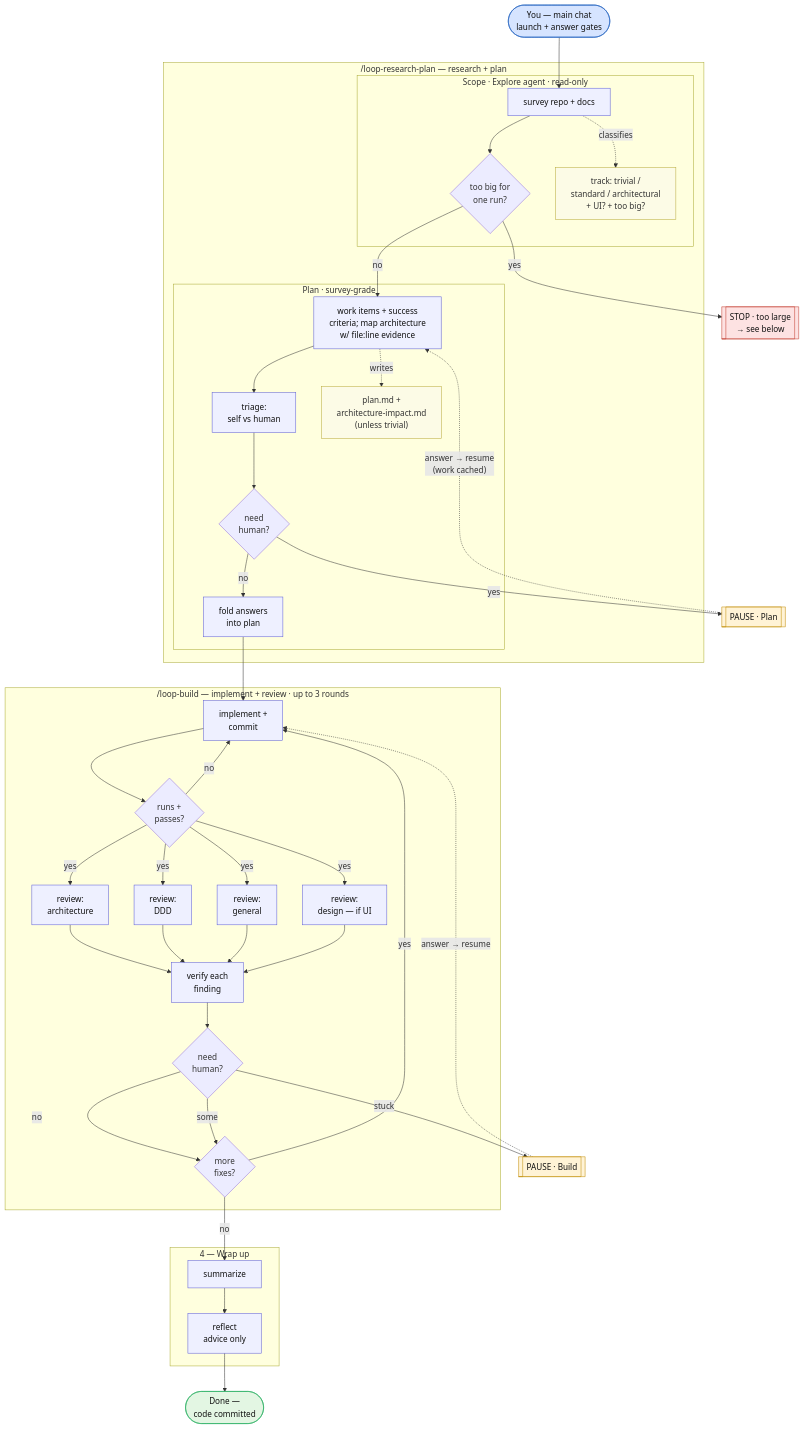
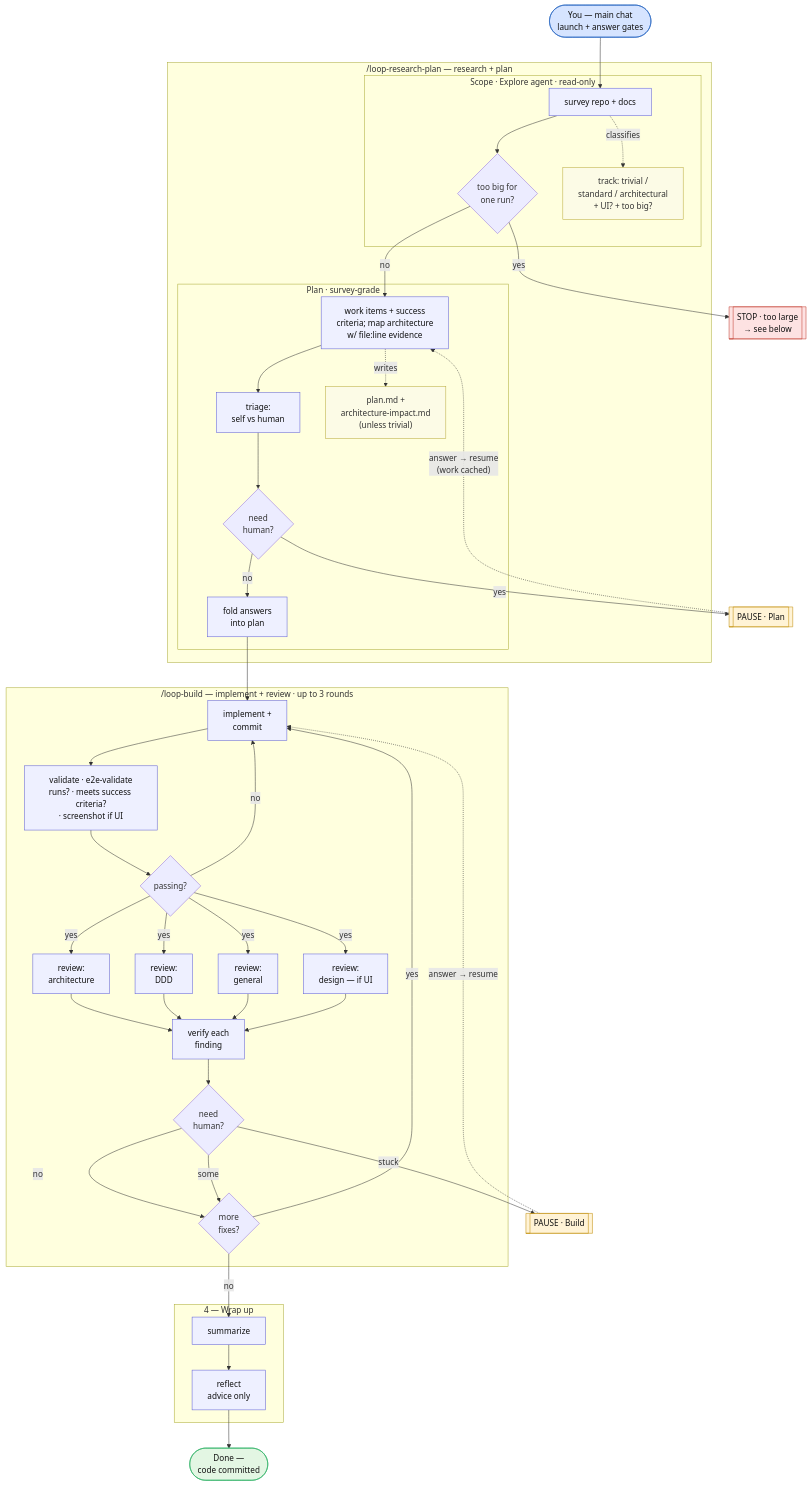
Before and after one commit to superliaye/my-agent-kits: the second of 3 diagrams in capabilities/skills/@loop/loop-full-swe/FLOW.md, drawn with Mermaid.

Commit message:
@ docs(loop-full-swe): show e2e-validate as a real step in FLOW
The Build subgraph collapsed validation into a single "runs + passes?"
decision diamond, typed by the legend as a no-context-cost script branch.
That hid the e2e-validate sub-agent leaf entirely — its success-criteria
judgment and UI screenshot check were absent from the diagram, while every
other Build leaf (implement, the four reviewers, verify) got an agent box.

Split it into a named `:::agent` validate box plus a separate `passing?`
gate, matching the reviewer leaves it sits beside.

@

````diff
--- a/capabilities/skills/@loop/loop-full-swe/FLOW.md
+++ b/capabilities/skills/@loop/loop-full-swe/FLOW.md
@@ -39,56 +39,57 @@
 ```mermaid
 flowchart TD
     Main([" You — main chat<br/>launch + answer gates "]):::main --> Scope
 
     subgraph S1 ["/loop-research-plan — research + plan"]
       subgraph P0 ["Scope · Explore agent · read-only"]
         Scope["survey repo + docs"]:::agent --> TL{"too big for<br/>one run?"}
         Scope -. classifies .-> SF["track: trivial /<br/>standard / architectural<br/>+ UI? + too big?"]:::note
       end
       subgraph P1 ["Plan · survey-grade"]
         Plan["work items + success<br/>criteria; map architecture<br/>w/ file:line evidence"]:::agent --> Digest
         Plan -. writes .-> AF["plan.md +<br/>architecture-impact.md<br/>(unless trivial)"]:::note
         Digest["triage:<br/>self vs human"]:::agent --> NeedH{"need<br/>human?"}
         NeedH -->|no| Bake["fold answers<br/>into plan"]:::agent
       end
       TL -->|no| Plan
     end
     TL -->|yes| GDist
     NeedH -->|yes| GPlan
 
     subgraph S2 ["/loop-build — implement + review · up to 3 rounds"]
-        Impl["implement +<br/>commit"]:::agent --> Val{"runs +<br/>passes?"}
+        Impl["implement +<br/>commit"]:::agent --> Eval
+        Eval["validate · e2e-validate<br/>runs? · meets success criteria?<br/>· screenshot if UI"]:::agent --> Val{"passing?"}
         Val -->|no| Impl
         Val -->|yes| Ra & Rd & Rg & Ro
         Ra["review:<br/>architecture"]:::agent --> Vfy
         Rd["review:<br/>DDD"]:::agent --> Vfy
         Rg["review:<br/>general"]:::agent --> Vfy
         Ro["review:<br/>design — if UI"]:::agent --> Vfy
         Vfy["verify each<br/>finding"]:::agent --> HasH{"need<br/>human?"}
         HasH -->|no| More{"more<br/>fixes?"}
         HasH -->|some| More
         More -->|yes| Impl
     end
     Bake --> Impl
     HasH -->|stuck| GBuild
 
     subgraph P3 ["4 — Wrap up"]
         Sum["summarize"]:::agent --> Retro["reflect<br/>advice only"]:::agent
     end
     More -->|no| Sum
     Retro --> GDone([" Done —<br/>code committed "]):::done
 
     GPlan[["PAUSE · Plan"]]:::pause
     GBuild[["PAUSE · Build"]]:::pause
     GDist[["STOP · too large<br/>→ see below"]]:::stop
 
     GPlan -. "answer → resume<br/>(work cached)" .-> Plan
     GBuild -. "answer → resume" .-> Impl
 
     classDef main fill:#d6e4ff,stroke:#1f5fbf,color:#111;
     classDef agent fill:#eef0ff,stroke:#5b5bd6,color:#111;
     classDef note fill:#fcfbe6,stroke:#b8a93a,color:#333;
     classDef pause fill:#fff3d6,stroke:#c08a00,color:#111;
     classDef stop fill:#fde2e2,stroke:#c0392b,color:#111;
     classDef done fill:#e3f6e3,stroke:#27ae60,color:#111;
 ```
````
